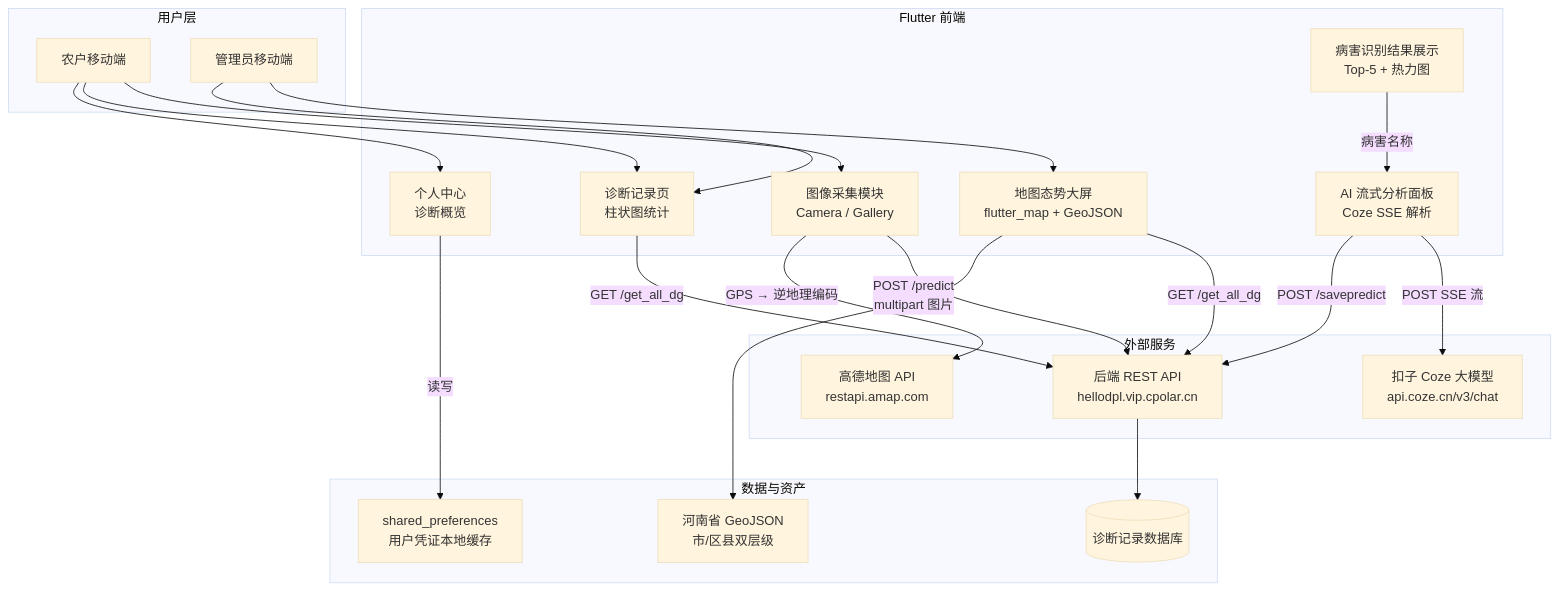
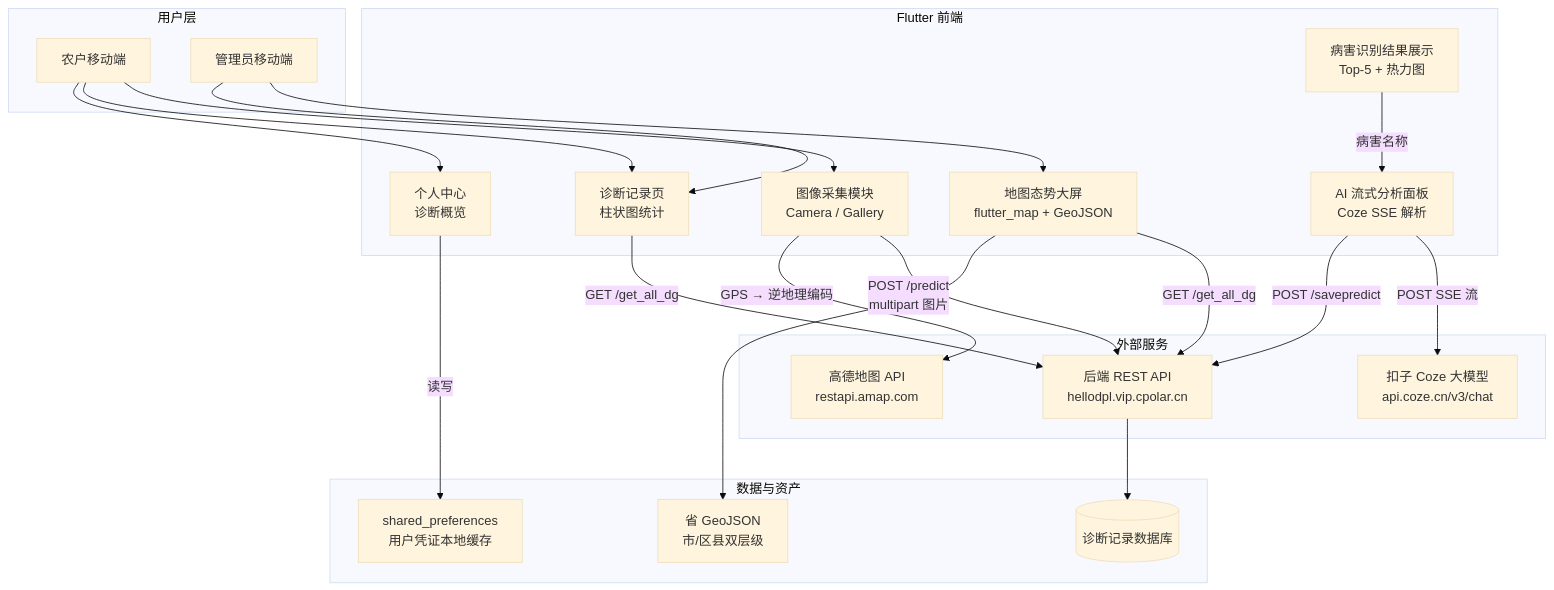
One commit to 42419/disease_flutter changed the first of 3 diagrams in README.md. Above: the diagram before and after it, drawn with Mermaid (base theme). The commit also changed other lines of this file and 22 other files, not shown here.

Commit message:
feat: 省份地图切换、配置重构、诊断记录排序优化 - 新增省份配置系统(province_config.dart)，支持河南省/辽宁省一键切换 - 配置文件从utils/迁移至config/，类名ApiConfig重命名为Config - 管理员地图GeoJSON路径、中心坐标、缩放参数全部读取省份配置 - 诊断记录柱状图：柱宽32→20、标签双行布局、图表高度200→240 - 诊断记录排序修复：解析ISO8601/RFC1123为DateTime对象再排序 - 新增排序切换下拉菜单（最新在前/最早在前） - 用户默认头像从网络URL改为本地asset/avatar.jpg

````diff
--- a/README.md
+++ b/README.md
@@ -84,46 +91,44 @@
 ```mermaid
 graph TB
     subgraph 用户层["用户层"]
         A1[农户移动端]
         A2[管理员移动端]
     end
 
     subgraph 前端层["Flutter 前端"]
         B1[图像采集模块<br/>Camera / Gallery]
         B2[病害识别结果展示<br/>Top-5 + 热力图]
         B3[AI 流式分析面板<br/>Coze SSE 解析]
         B4[诊断记录页<br/>柱状图统计]
         B5[地图态势大屏<br/>flutter_map + GeoJSON]
         B6[个人中心<br/>诊断概览]
     end
 
     subgraph 服务层["外部服务"]
         C1[后端 REST API<br/>hellodpl.vip.cpolar.cn]
         C2[扣子 Coze 大模型<br/>api.coze.cn/v3/chat]
         C3[高德地图 API<br/>restapi.amap.com]
     end
 
     subgraph 数据层["数据与资产"]
         D1[(诊断记录数据库)]
-        D2[河南省 GeoJSON<br/>市/区县双层级]
+        D2[省 GeoJSON<br/>市/区县双层级]
         D3[shared_preferences<br/>用户凭证本地缓存]
     end
 
     A1 --> B1
     A1 --> B4
     A1 --> B6
     A2 --> B5
     A2 --> B4
-
     B1 -->|POST /predict<br/>multipart 图片| C1
     B2 -->|病害名称| B3
     B3 -->|POST SSE 流| C2
     B3 -->|POST /savepredict| C1
     B1 -->|GPS → 逆地理编码| C3
     B4 -->|GET /get_all_dg| C1
     B5 -->|GET /get_all_dg| C1
-
     C1 --> D1
     B5 --> D2
     B6 -->|读写| D3
 ```
````
